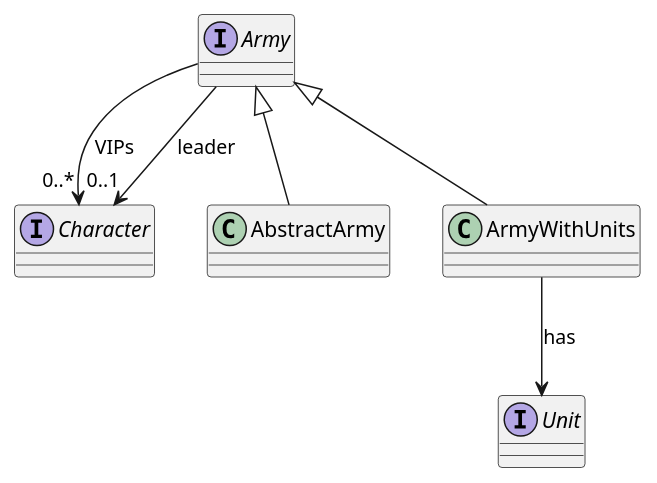
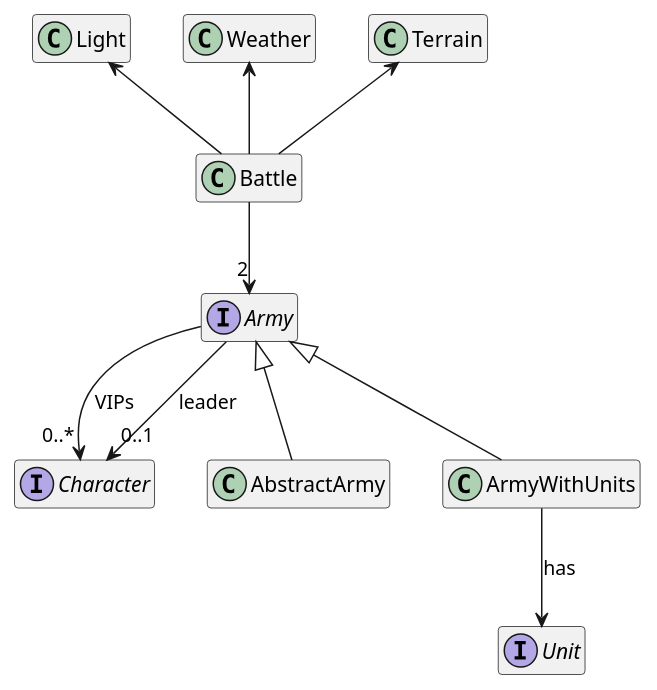
Before and after one commit to Orchaldir/FantasyWorldSimulation: the diagram in FantasyWorldSimulation/docs/design/war/class-diagrams/overview.puml, drawn with PlantUML. The commit also changed 2 other files, not shown here.

Commit message:
#40: Improved class diagrams.

```diff
--- a/FantasyWorldSimulation/docs/design/war/class-diagrams/overview.puml
+++ b/FantasyWorldSimulation/docs/design/war/class-diagrams/overview.puml
@@ -1,11 +1,18 @@
 @startuml
+hide members
+
 interface Army
 interface Character
 interface Unit
 
 Army <|-- AbstractArmy
 Army <|-- ArmyWithUnits
 Army --> "0..*" Character : VIPs
 Army --> "0..1" Character : leader
 ArmyWithUnits --> Unit : has
+
+Battle --> "2" Army
+Battle -up-> Terrain
+Battle -up-> Weather
+Battle -up-> Light
 @enduml
```
